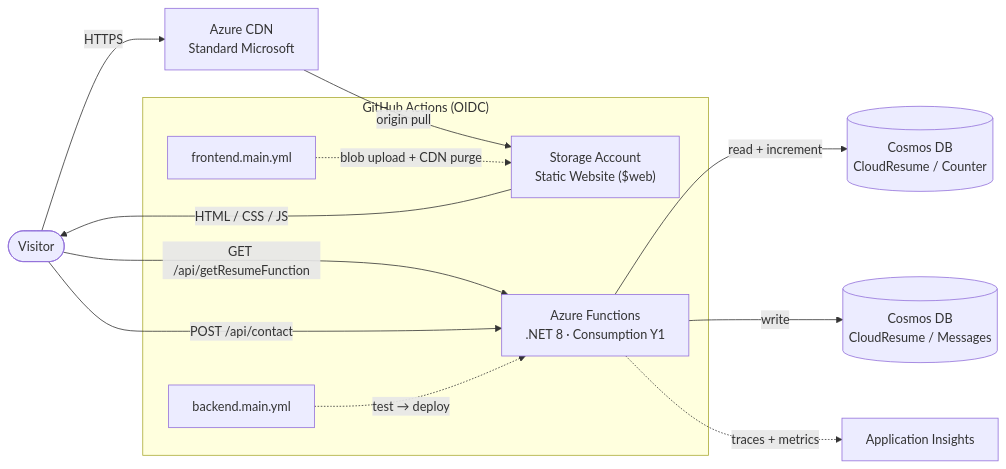
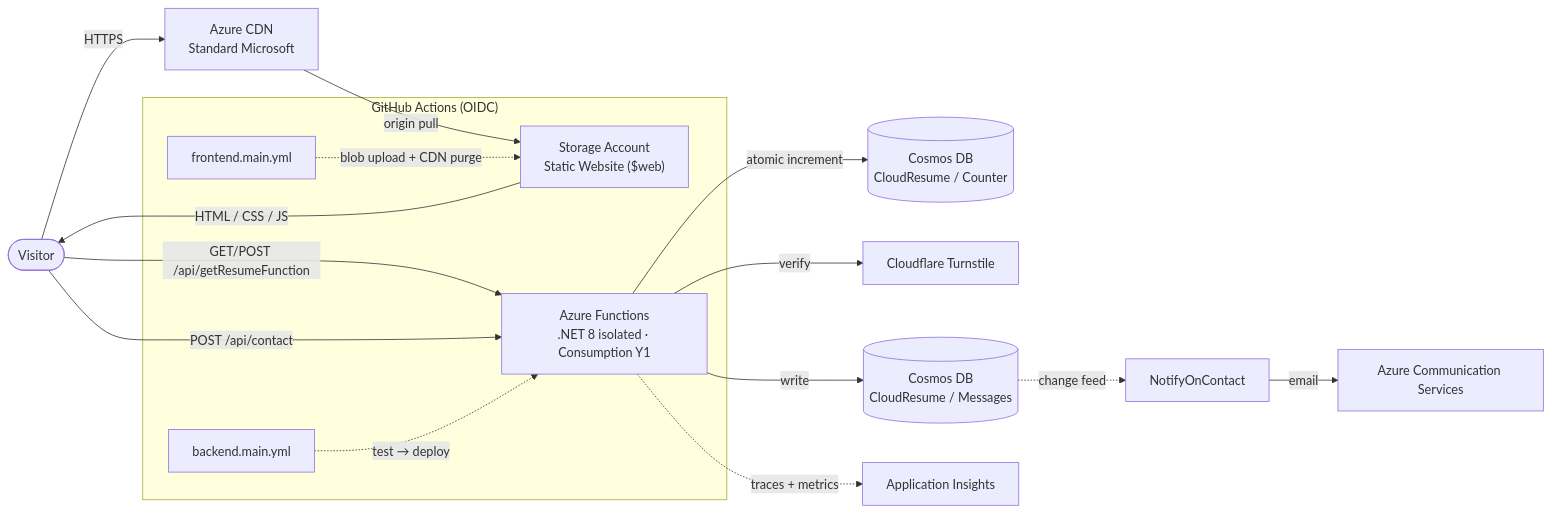
The diagram in README.md (llewellynbooth/my-Azure-Resume), drawn with Mermaid before and after one commit. The commit also changed other lines of this file and 1 other file, not shown here.

````diff
--- a/README.md
+++ b/README.md
@@ -24,17 +23,19 @@
 ```mermaid
 flowchart LR
     user(["Visitor"]) -->|HTTPS| cdn["Azure CDN<br/>Standard Microsoft"]
     cdn -->|origin pull| web["Storage Account<br/>Static Website ($web)"]
     web -->|"HTML / CSS / JS"| user
 
-    user -->|"GET /api/getResumeFunction"| fn["Azure Functions<br/>.NET 8 · Consumption Y1"]
-    fn -->|"read + increment"| counter[("Cosmos DB<br/>CloudResume / Counter")]
+    user -->|"GET/POST /api/getResumeFunction"| fn["Azure Functions<br/>.NET 8 isolated · Consumption Y1"]
+    fn -->|"atomic increment"| counter[("Cosmos DB<br/>CloudResume / Counter")]
     user -->|"POST /api/contact"| fn
+    fn -->|"verify"| turnstile["Cloudflare Turnstile"]
     fn -->|write| messages[("Cosmos DB<br/>CloudResume / Messages")]
+    messages -.->|"change feed"| notify["NotifyOnContact"] -->|email| acs["Azure Communication Services"]
     fn -.->|"traces + metrics"| ai["Application Insights"]
 
     subgraph ci ["GitHub Actions (OIDC)"]
       w1["frontend.main.yml"] -.->|"blob upload + CDN purge"| web
       w2["backend.main.yml"] -.->|"test → deploy"| fn
     end
 ```
````
